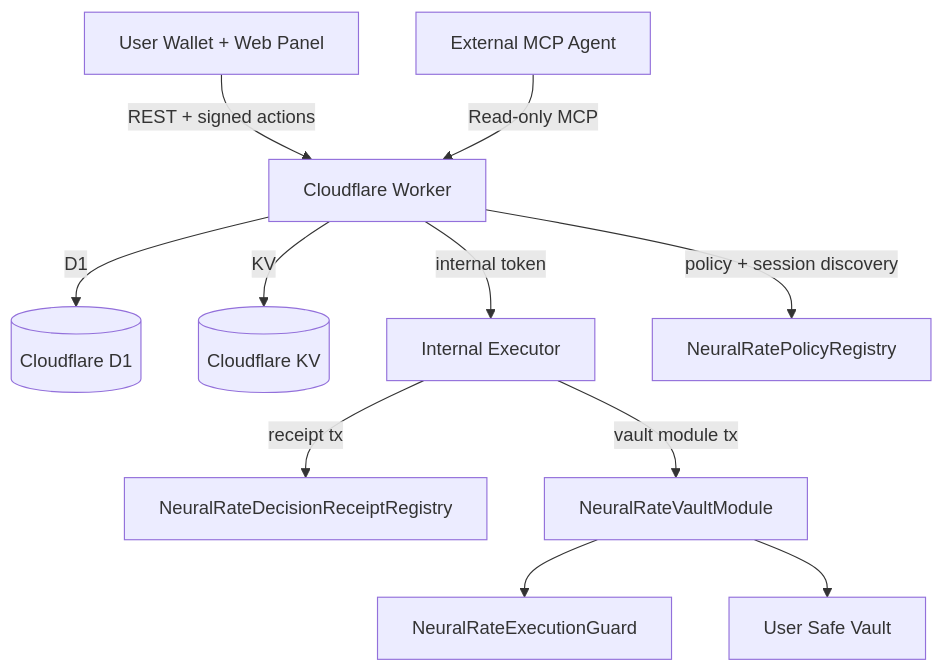
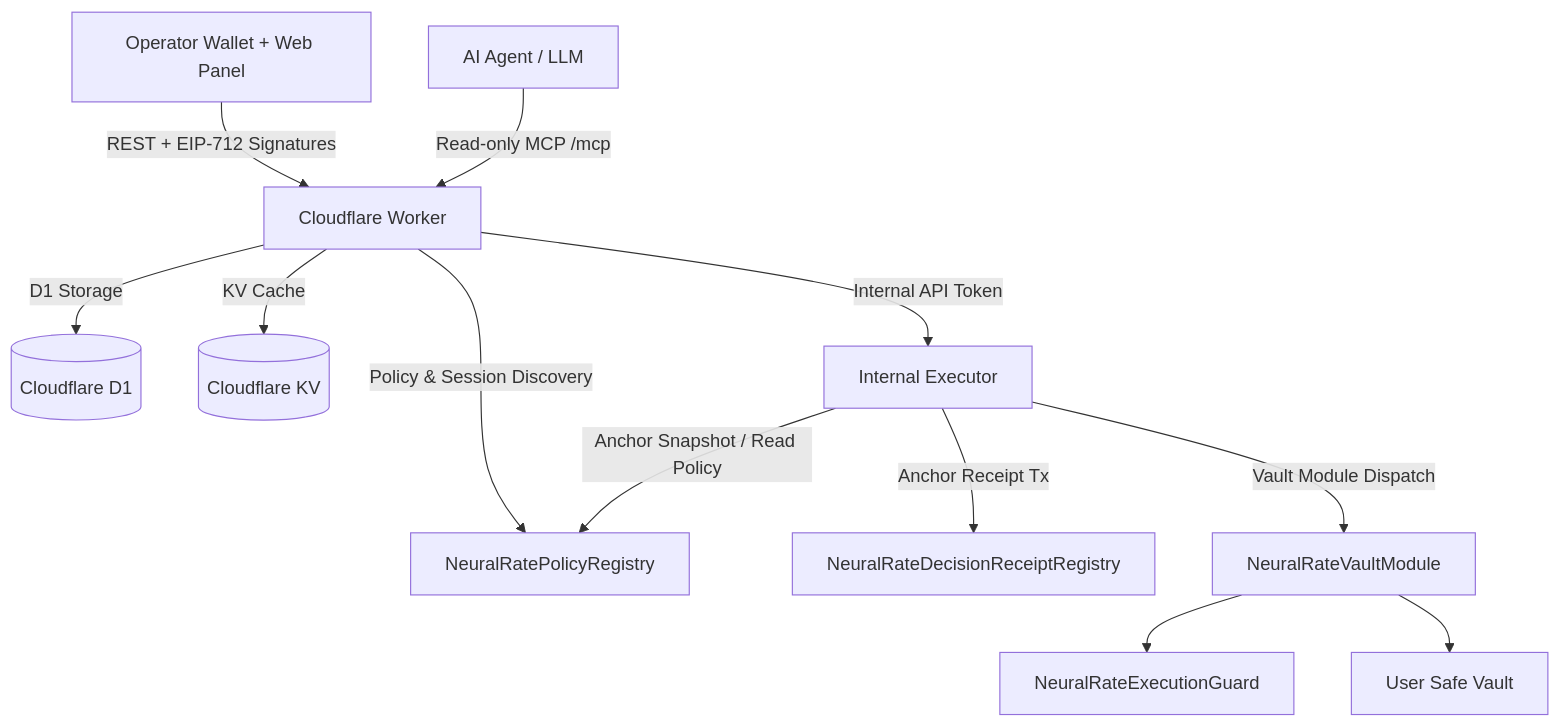
Before and after one commit to Lipe-lx/NeuralRate-MCP: the diagram in README.md, drawn with Mermaid. The commit also changed other lines of this file, not shown here.

````diff
--- a/README.md
+++ b/README.md
@@ -43,13 +25,14 @@
 ```mermaid
 graph TD
-    User[User Wallet + Web Panel] -->|REST + signed actions| Worker[Cloudflare Worker]
-    Agent[External MCP Agent] -->|Read-only MCP| Worker
-    Worker -->|D1| D1[(Cloudflare D1)]
-    Worker -->|KV| KV[(Cloudflare KV)]
-    Worker -->|internal token| Executor[Internal Executor]
-    Worker -->|policy + session discovery| PolicyRegistry[NeuralRatePolicyRegistry]
-    Executor -->|receipt tx| ReceiptRegistry[NeuralRateDecisionReceiptRegistry]
-    Executor -->|vault module tx| VaultModule[NeuralRateVaultModule]
+    User[Operator Wallet + Web Panel] -->|REST + EIP-712 Signatures| Worker[Cloudflare Worker]
+    Agent[AI Agent / LLM] -->|Read-only MCP /mcp| Worker
+    Worker -->|D1 Storage| D1[(Cloudflare D1)]
+    Worker -->|KV Cache| KV[(Cloudflare KV)]
+    Worker -->|Internal API Token| Executor[Internal Executor]
+    Worker -->|Policy & Session Discovery| PolicyRegistry[NeuralRatePolicyRegistry]
+    Executor -->|Anchor Snapshot / Read Policy| PolicyRegistry
+    Executor -->|Anchor Receipt Tx| ReceiptRegistry[NeuralRateDecisionReceiptRegistry]
+    Executor -->|Vault Module Dispatch| VaultModule[NeuralRateVaultModule]
     VaultModule --> Guard[NeuralRateExecutionGuard]
     VaultModule --> Safe[User Safe Vault]
 ```
````
